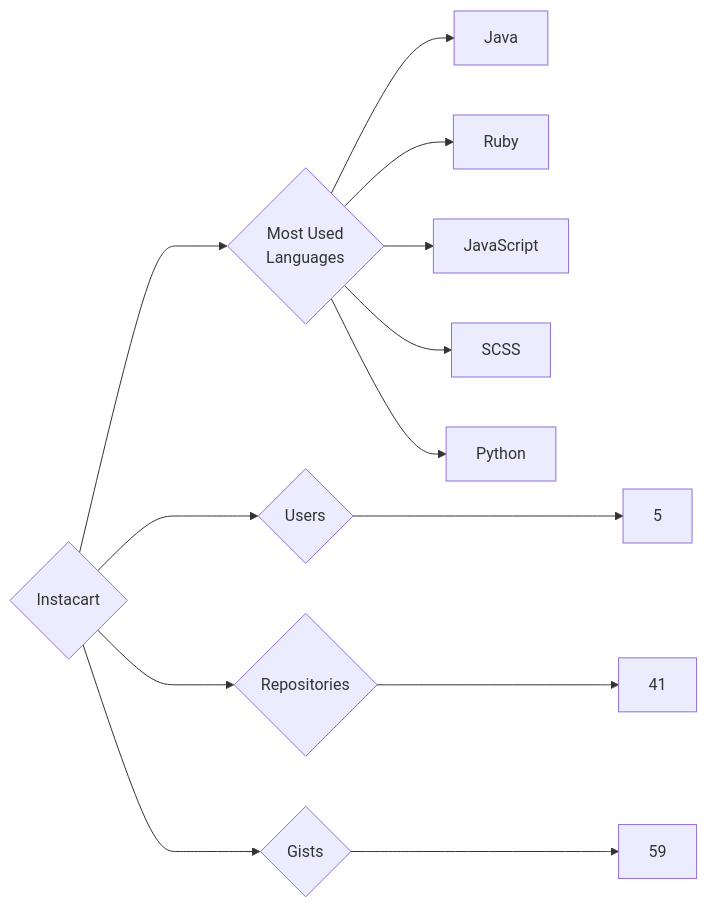
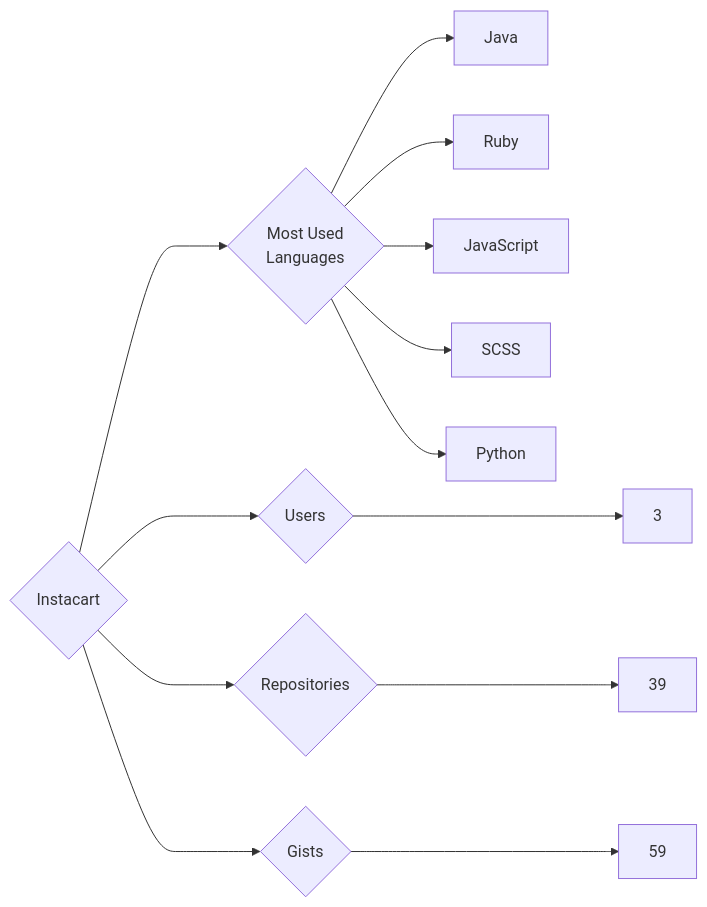
Before and after one commit to trickest/insiders: the diagram in targets/Instacart/README.md, drawn with Mermaid. The commit also changed 985 other files, not shown here.

````diff
--- a/targets/Instacart/README.md
+++ b/targets/Instacart/README.md
@@ -3,13 +3,13 @@
 ```mermaid
 graph LR
 COMPANY_NAME{Instacart}
-COMPANY_NAME ---> U{Users} ---> UN[5]
-COMPANY_NAME ---> R{Repositories} ---> RN[41]
+COMPANY_NAME ---> U{Users} ---> UN[3]
+COMPANY_NAME ---> R{Repositories} ---> RN[39]
 COMPANY_NAME ---> G{Gists} ---> GN[59]
 COMPANY_NAME ---> ML{Most Used<br>Languages}
 ML --> Java[Java]
 ML --> Ruby[Ruby]
 ML --> JavaScript[JavaScript]
 ML --> SCSS[SCSS]
 ML --> Python[Python]
 ```
````
